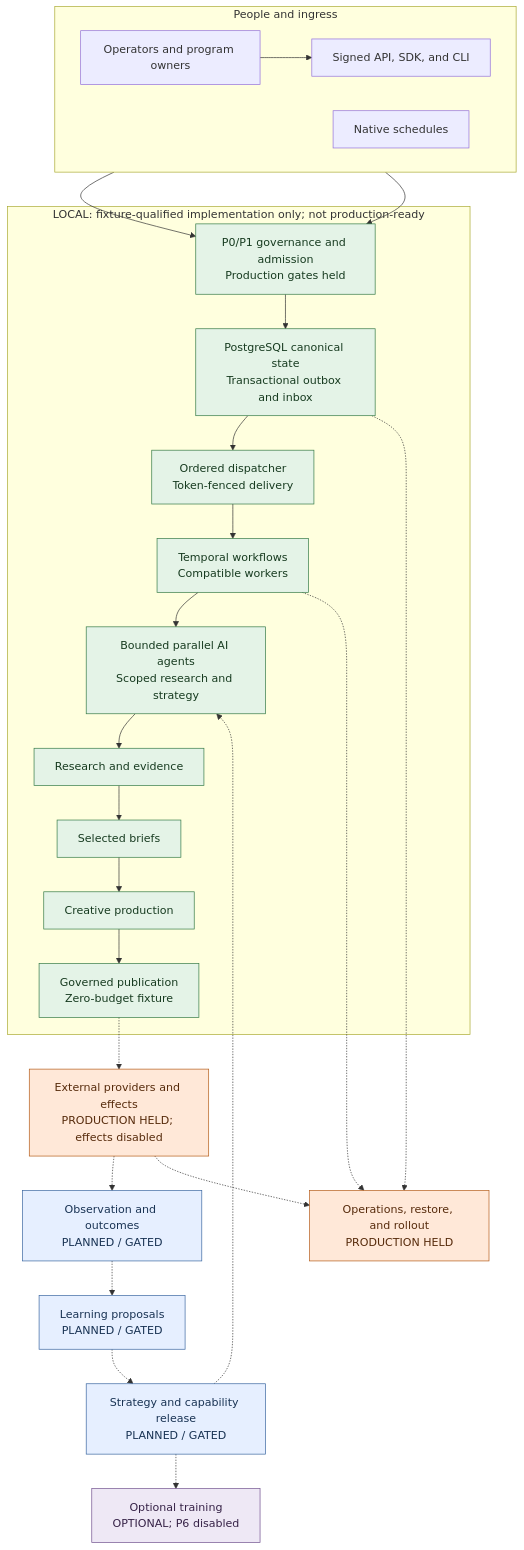
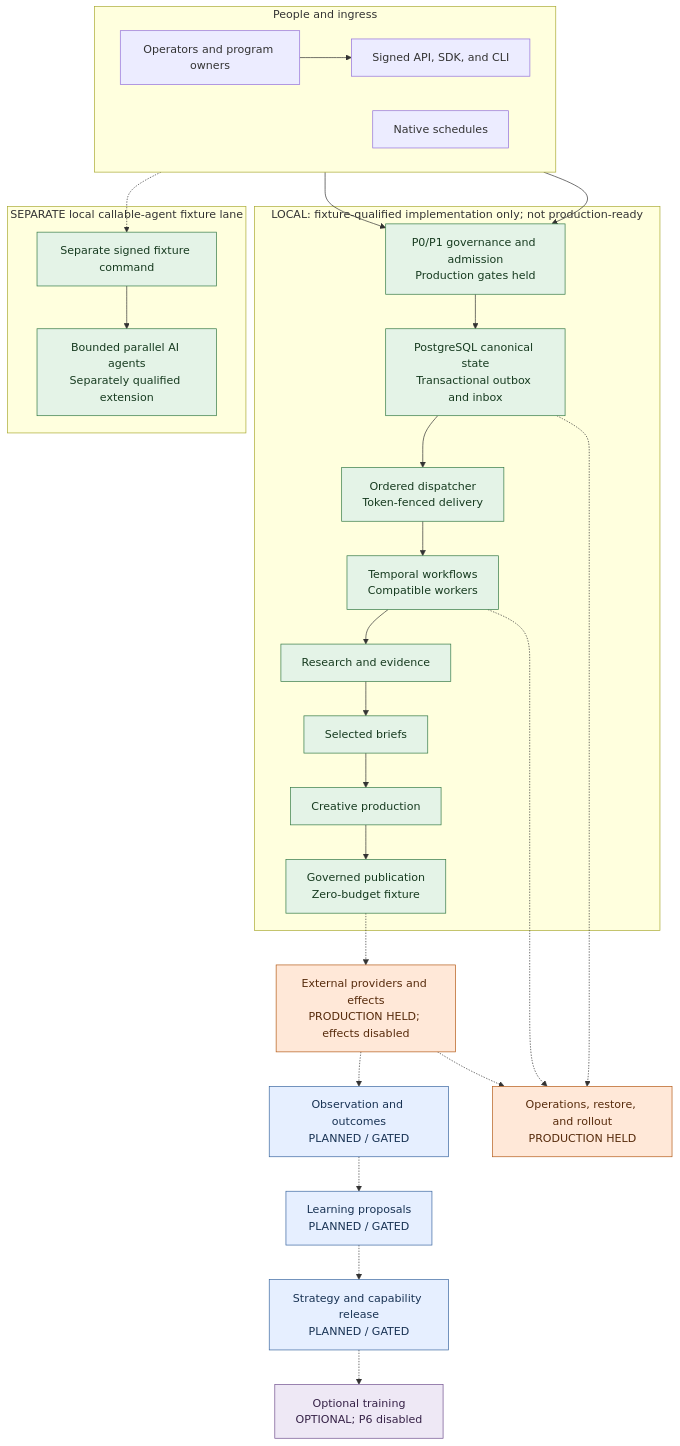
Before and after one commit to manojvermamv/Salience: the first of 2 diagrams in README.md, drawn with Mermaid. The commit also changed other lines of this file and 2 other files, not shown here.

````diff
--- a/README.md
+++ b/README.md
@@ -28,57 +28,60 @@
 ```mermaid
 flowchart TB
   subgraph ingress["People and ingress"]
     direction LR
     PEOPLE["Operators and program owners"]
     SIGNED["Signed API, SDK, and CLI"]
     SCHEDULES["Native schedules"]
     PEOPLE --> SIGNED
   end
 
   subgraph localPath["LOCAL: fixture-qualified implementation only; not production-ready"]
     GOVERN["P0/P1 governance and admission<br/>Production gates held"]
     STATE["PostgreSQL canonical state<br/>Transactional outbox and inbox"]
     DISPATCH["Ordered dispatcher<br/>Token-fenced delivery"]
     TEMPORAL["Temporal workflows<br/>Compatible workers"]
-    AGENTS["Bounded parallel AI agents<br/>Scoped research and strategy"]
     RESEARCH["Research and evidence"]
     BRIEFS["Selected briefs"]
     CREATIVE["Creative production"]
     PUBLICATION["Governed publication<br/>Zero-budget fixture"]
+  end
+  subgraph parallelLane["SEPARATE local callable-agent fixture lane"]
+    PARALLEL_COMMAND["Separate signed fixture command"]
+    AGENTS["Bounded parallel AI agents<br/>Separately qualified extension"]
+    PARALLEL_COMMAND --> AGENTS
   end
   EFFECTS["External providers and effects<br/>PRODUCTION HELD; effects disabled"]
   OBSERVATION["Observation and outcomes<br/>PLANNED / GATED"]
   LEARNING["Learning proposals<br/>PLANNED / GATED"]
   RELEASE["Strategy and capability release<br/>PLANNED / GATED"]
   TRAINING["Optional training<br/>OPTIONAL; P6 disabled"]
   OPS["Operations, restore, and rollout<br/>PRODUCTION HELD"]
 
   SIGNED --> GOVERN
+  SIGNED -.-> PARALLEL_COMMAND
   SCHEDULES --> GOVERN
   GOVERN --> STATE
   STATE --> DISPATCH
   DISPATCH --> TEMPORAL
-  TEMPORAL --> AGENTS
-  AGENTS --> RESEARCH
+  TEMPORAL --> RESEARCH
   RESEARCH --> BRIEFS
   BRIEFS --> CREATIVE
   CREATIVE --> PUBLICATION
   PUBLICATION -.-> EFFECTS
   EFFECTS -.-> OBSERVATION
   OBSERVATION -.-> LEARNING
   LEARNING -.-> RELEASE
-  RELEASE -.-> AGENTS
   RELEASE -.-> TRAINING
   STATE -.-> OPS
   TEMPORAL -.-> OPS
   EFFECTS -.-> OPS
 
   classDef local fill:#e4f3e7,stroke:#347a46,color:#173b20
   classDef held fill:#ffe8d8,stroke:#b45b18,color:#572b0c
   classDef planned fill:#e6efff,stroke:#3b67a0,color:#193354
   classDef optional fill:#eee8f5,stroke:#71518f,color:#362247
-  class GOVERN,STATE,DISPATCH,TEMPORAL,AGENTS,RESEARCH,BRIEFS,CREATIVE,PUBLICATION local
+  class GOVERN,STATE,DISPATCH,TEMPORAL,RESEARCH,BRIEFS,CREATIVE,PUBLICATION,AGENTS,PARALLEL_COMMAND local
   class EFFECTS,OPS held
   class OBSERVATION,LEARNING,RELEASE planned
   class TRAINING optional
 ```
````
